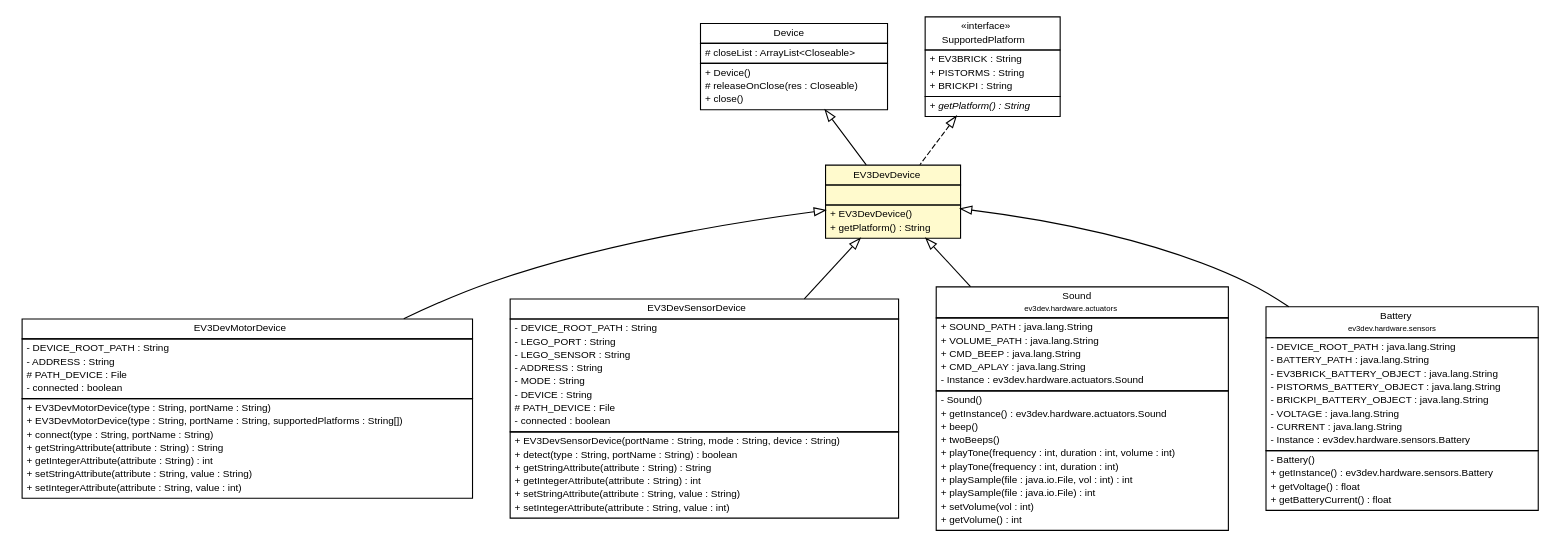
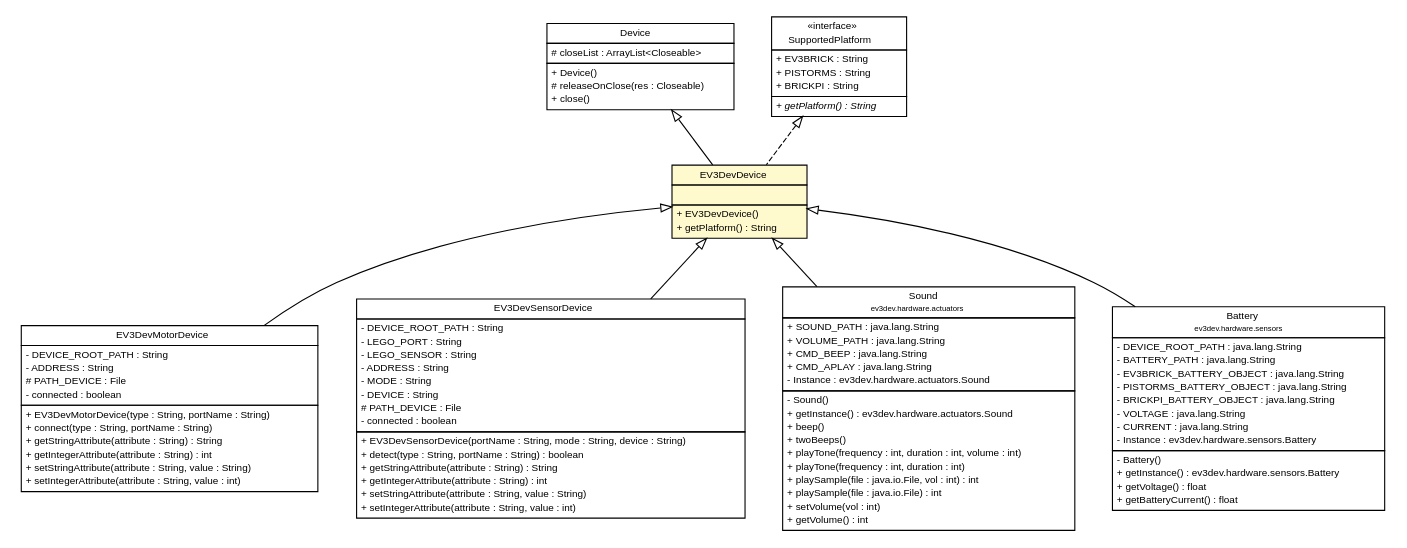
Before and after one commit to ev3dev-lang-java/ev3dev-lang-java: the diagram in docs/api/ev3dev/hardware/EV3DevDevice.dot, drawn with Graphviz. The commit also changed 167 other files, not shown here.

```diff
--- a/docs/api/ev3dev/hardware/EV3DevDevice.dot
+++ b/docs/api/ev3dev/hardware/EV3DevDevice.dot
@@ -1,160 +1,159 @@
 #!/usr/local/bin/dot
 #
 # Class diagram 
 # Generated by UMLGraph version R5_6-24-gf6e263 (http://www.umlgraph.org/)
 #
 
 digraph G {
 	edge [fontname="Helvetica",fontsize=10,labelfontname="Helvetica",labelfontsize=10];
 	node [fontname="Helvetica",fontsize=10,shape=plaintext];
 	nodesep=0.25;
 	ranksep=0.5;
 	// ev3dev.hardware.Device
 	c2801 [label=<<table title="ev3dev.hardware.Device" border="0" cellborder="1" cellspacing="0" cellpadding="2" port="p" href="./Device.html">
 		<tr><td><table border="0" cellspacing="0" cellpadding="1">
 <tr><td align="center" balign="center"> Device </td></tr>
 		</table></td></tr>
 		<tr><td><table border="0" cellspacing="0" cellpadding="1">
 <tr><td align="left" balign="left"> # closeList : ArrayList&lt;Closeable&gt; </td></tr>
 		</table></td></tr>
 		<tr><td><table border="0" cellspacing="0" cellpadding="1">
 <tr><td align="left" balign="left"> + Device() </td></tr>
 <tr><td align="left" balign="left"> # releaseOnClose(res : Closeable) </td></tr>
 <tr><td align="left" balign="left"> + close() </td></tr>
 		</table></td></tr>
 		</table>>, URL="./Device.html", fontname="Helvetica", fontcolor="black", fontsize=9.0];
 	// ev3dev.hardware.EV3DevDevice
 	c2804 [label=<<table title="ev3dev.hardware.EV3DevDevice" border="0" cellborder="1" cellspacing="0" cellpadding="2" port="p" bgcolor="lemonChiffon" href="./EV3DevDevice.html">
 		<tr><td><table border="0" cellspacing="0" cellpadding="1">
 <tr><td align="center" balign="center"> EV3DevDevice </td></tr>
 		</table></td></tr>
 		<tr><td><table border="0" cellspacing="0" cellpadding="1">
 <tr><td align="left" balign="left">  </td></tr>
 		</table></td></tr>
 		<tr><td><table border="0" cellspacing="0" cellpadding="1">
 <tr><td align="left" balign="left"> + EV3DevDevice() </td></tr>
 <tr><td align="left" balign="left"> + getPlatform() : String </td></tr>
 		</table></td></tr>
 		</table>>, URL="./EV3DevDevice.html", fontname="Helvetica", fontcolor="black", fontsize=9.0];
 	// ev3dev.hardware.EV3DevMotorDevice
 	c2805 [label=<<table title="ev3dev.hardware.EV3DevMotorDevice" border="0" cellborder="1" cellspacing="0" cellpadding="2" port="p" href="./EV3DevMotorDevice.html">
 		<tr><td><table border="0" cellspacing="0" cellpadding="1">
 <tr><td align="center" balign="center"> EV3DevMotorDevice </td></tr>
 		</table></td></tr>
 		<tr><td><table border="0" cellspacing="0" cellpadding="1">
 <tr><td align="left" balign="left"> - DEVICE_ROOT_PATH : String </td></tr>
 <tr><td align="left" balign="left"> - ADDRESS : String </td></tr>
 <tr><td align="left" balign="left"> # PATH_DEVICE : File </td></tr>
 <tr><td align="left" balign="left"> - connected : boolean </td></tr>
 		</table></td></tr>
 		<tr><td><table border="0" cellspacing="0" cellpadding="1">
 <tr><td align="left" balign="left"> + EV3DevMotorDevice(type : String, portName : String) </td></tr>
-<tr><td align="left" balign="left"> + EV3DevMotorDevice(type : String, portName : String, supportedPlatforms : String[]) </td></tr>
 <tr><td align="left" balign="left"> + connect(type : String, portName : String) </td></tr>
 <tr><td align="left" balign="left"> + getStringAttribute(attribute : String) : String </td></tr>
 <tr><td align="left" balign="left"> + getIntegerAttribute(attribute : String) : int </td></tr>
 <tr><td align="left" balign="left"> + setStringAttribute(attribute : String, value : String) </td></tr>
 <tr><td align="left" balign="left"> + setIntegerAttribute(attribute : String, value : int) </td></tr>
 		</table></td></tr>
 		</table>>, URL="./EV3DevMotorDevice.html", fontname="Helvetica", fontcolor="black", fontsize=9.0];
 	// ev3dev.hardware.EV3DevSensorDevice
 	c2806 [label=<<table title="ev3dev.hardware.EV3DevSensorDevice" border="0" cellborder="1" cellspacing="0" cellpadding="2" port="p" href="./EV3DevSensorDevice.html">
 		<tr><td><table border="0" cellspacing="0" cellpadding="1">
 <tr><td align="center" balign="center"> EV3DevSensorDevice </td></tr>
 		</table></td></tr>
 		<tr><td><table border="0" cellspacing="0" cellpadding="1">
 <tr><td align="left" balign="left"> - DEVICE_ROOT_PATH : String </td></tr>
 <tr><td align="left" balign="left"> - LEGO_PORT : String </td></tr>
 <tr><td align="left" balign="left"> - LEGO_SENSOR : String </td></tr>
 <tr><td align="left" balign="left"> - ADDRESS : String </td></tr>
 <tr><td align="left" balign="left"> - MODE : String </td></tr>
 <tr><td align="left" balign="left"> - DEVICE : String </td></tr>
 <tr><td align="left" balign="left"> # PATH_DEVICE : File </td></tr>
 <tr><td align="left" balign="left"> - connected : boolean </td></tr>
 		</table></td></tr>
 		<tr><td><table border="0" cellspacing="0" cellpadding="1">
 <tr><td align="left" balign="left"> + EV3DevSensorDevice(portName : String, mode : String, device : String) </td></tr>
 <tr><td align="left" balign="left"> + detect(type : String, portName : String) : boolean </td></tr>
 <tr><td align="left" balign="left"> + getStringAttribute(attribute : String) : String </td></tr>
 <tr><td align="left" balign="left"> + getIntegerAttribute(attribute : String) : int </td></tr>
 <tr><td align="left" balign="left"> + setStringAttribute(attribute : String, value : String) </td></tr>
 <tr><td align="left" balign="left"> + setIntegerAttribute(attribute : String, value : int) </td></tr>
 		</table></td></tr>
 		</table>>, URL="./EV3DevSensorDevice.html", fontname="Helvetica", fontcolor="black", fontsize=9.0];
 	// ev3dev.hardware.SupportedPlatform
 	c2808 [label=<<table title="ev3dev.hardware.SupportedPlatform" border="0" cellborder="1" cellspacing="0" cellpadding="2" port="p" href="./SupportedPlatform.html">
 		<tr><td><table border="0" cellspacing="0" cellpadding="1">
 <tr><td align="center" balign="center"> &#171;interface&#187; </td></tr>
 <tr><td align="center" balign="center"> SupportedPlatform </td></tr>
 		</table></td></tr>
 		<tr><td><table border="0" cellspacing="0" cellpadding="1">
 <tr><td align="left" balign="left"> + EV3BRICK : String </td></tr>
 <tr><td align="left" balign="left"> + PISTORMS : String </td></tr>
 <tr><td align="left" balign="left"> + BRICKPI : String </td></tr>
 		</table></td></tr>
 		<tr><td><table border="0" cellspacing="0" cellpadding="1">
 <tr><td align="left" balign="left"><font face="Helvetica-Oblique" point-size="9.0"> + getPlatform() : String </font></td></tr>
 		</table></td></tr>
 		</table>>, URL="./SupportedPlatform.html", fontname="Helvetica", fontcolor="black", fontsize=9.0];
 	// ev3dev.hardware.actuators.Sound
 	c2809 [label=<<table title="ev3dev.hardware.actuators.Sound" border="0" cellborder="1" cellspacing="0" cellpadding="2" port="p" href="./actuators/Sound.html">
 		<tr><td><table border="0" cellspacing="0" cellpadding="1">
 <tr><td align="center" balign="center"> Sound </td></tr>
 <tr><td align="center" balign="center"><font point-size="7.0"> ev3dev.hardware.actuators </font></td></tr>
 		</table></td></tr>
 		<tr><td><table border="0" cellspacing="0" cellpadding="1">
 <tr><td align="left" balign="left"> + SOUND_PATH : java.lang.String </td></tr>
 <tr><td align="left" balign="left"> + VOLUME_PATH : java.lang.String </td></tr>
 <tr><td align="left" balign="left"> + CMD_BEEP : java.lang.String </td></tr>
 <tr><td align="left" balign="left"> + CMD_APLAY : java.lang.String </td></tr>
 <tr><td align="left" balign="left"> - Instance : ev3dev.hardware.actuators.Sound </td></tr>
 		</table></td></tr>
 		<tr><td><table border="0" cellspacing="0" cellpadding="1">
 <tr><td align="left" balign="left"> - Sound() </td></tr>
 <tr><td align="left" balign="left"> + getInstance() : ev3dev.hardware.actuators.Sound </td></tr>
 <tr><td align="left" balign="left"> + beep() </td></tr>
 <tr><td align="left" balign="left"> + twoBeeps() </td></tr>
 <tr><td align="left" balign="left"> + playTone(frequency : int, duration : int, volume : int) </td></tr>
 <tr><td align="left" balign="left"> + playTone(frequency : int, duration : int) </td></tr>
 <tr><td align="left" balign="left"> + playSample(file : java.io.File, vol : int) : int </td></tr>
 <tr><td align="left" balign="left"> + playSample(file : java.io.File) : int </td></tr>
 <tr><td align="left" balign="left"> + setVolume(vol : int) </td></tr>
 <tr><td align="left" balign="left"> + getVolume() : int </td></tr>
 		</table></td></tr>
 		</table>>, URL="./actuators/Sound.html", fontname="Helvetica", fontcolor="black", fontsize=9.0];
 	// ev3dev.hardware.sensors.Battery
 	c2823 [label=<<table title="ev3dev.hardware.sensors.Battery" border="0" cellborder="1" cellspacing="0" cellpadding="2" port="p" href="./sensors/Battery.html">
 		<tr><td><table border="0" cellspacing="0" cellpadding="1">
 <tr><td align="center" balign="center"> Battery </td></tr>
 <tr><td align="center" balign="center"><font point-size="7.0"> ev3dev.hardware.sensors </font></td></tr>
 		</table></td></tr>
 		<tr><td><table border="0" cellspacing="0" cellpadding="1">
 <tr><td align="left" balign="left"> - DEVICE_ROOT_PATH : java.lang.String </td></tr>
 <tr><td align="left" balign="left"> - BATTERY_PATH : java.lang.String </td></tr>
 <tr><td align="left" balign="left"> - EV3BRICK_BATTERY_OBJECT : java.lang.String </td></tr>
 <tr><td align="left" balign="left"> - PISTORMS_BATTERY_OBJECT : java.lang.String </td></tr>
 <tr><td align="left" balign="left"> - BRICKPI_BATTERY_OBJECT : java.lang.String </td></tr>
 <tr><td align="left" balign="left"> - VOLTAGE : java.lang.String </td></tr>
 <tr><td align="left" balign="left"> - CURRENT : java.lang.String </td></tr>
 <tr><td align="left" balign="left"> - Instance : ev3dev.hardware.sensors.Battery </td></tr>
 		</table></td></tr>
 		<tr><td><table border="0" cellspacing="0" cellpadding="1">
 <tr><td align="left" balign="left"> - Battery() </td></tr>
 <tr><td align="left" balign="left"> + getInstance() : ev3dev.hardware.sensors.Battery </td></tr>
 <tr><td align="left" balign="left"> + getVoltage() : float </td></tr>
 <tr><td align="left" balign="left"> + getBatteryCurrent() : float </td></tr>
 		</table></td></tr>
 		</table>>, URL="./sensors/Battery.html", fontname="Helvetica", fontcolor="black", fontsize=9.0];
 	//ev3dev.hardware.EV3DevDevice extends ev3dev.hardware.Device
 	c2801:p -> c2804:p [dir=back,arrowtail=empty];
 	//ev3dev.hardware.EV3DevDevice implements ev3dev.hardware.SupportedPlatform
 	c2808:p -> c2804:p [dir=back,arrowtail=empty,style=dashed];
 	//ev3dev.hardware.EV3DevMotorDevice extends ev3dev.hardware.EV3DevDevice
 	c2804:p -> c2805:p [dir=back,arrowtail=empty];
 	//ev3dev.hardware.EV3DevSensorDevice extends ev3dev.hardware.EV3DevDevice
 	c2804:p -> c2806:p [dir=back,arrowtail=empty];
 	//ev3dev.hardware.actuators.Sound extends ev3dev.hardware.EV3DevDevice
 	c2804:p -> c2809:p [dir=back,arrowtail=empty];
 	//ev3dev.hardware.sensors.Battery extends ev3dev.hardware.EV3DevDevice
 	c2804:p -> c2823:p [dir=back,arrowtail=empty];
 }
```
